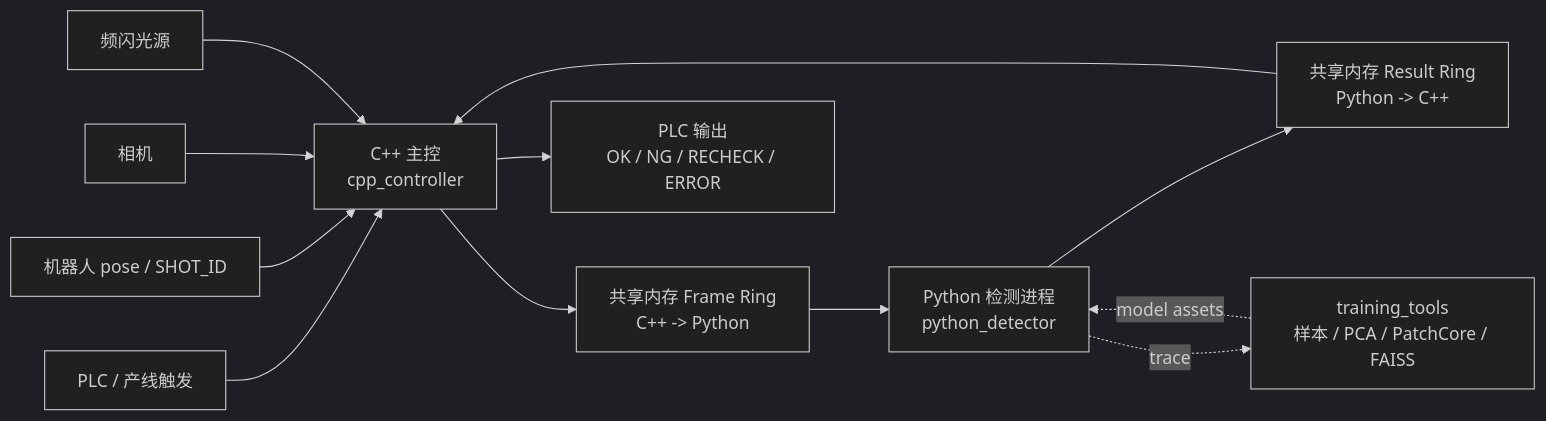
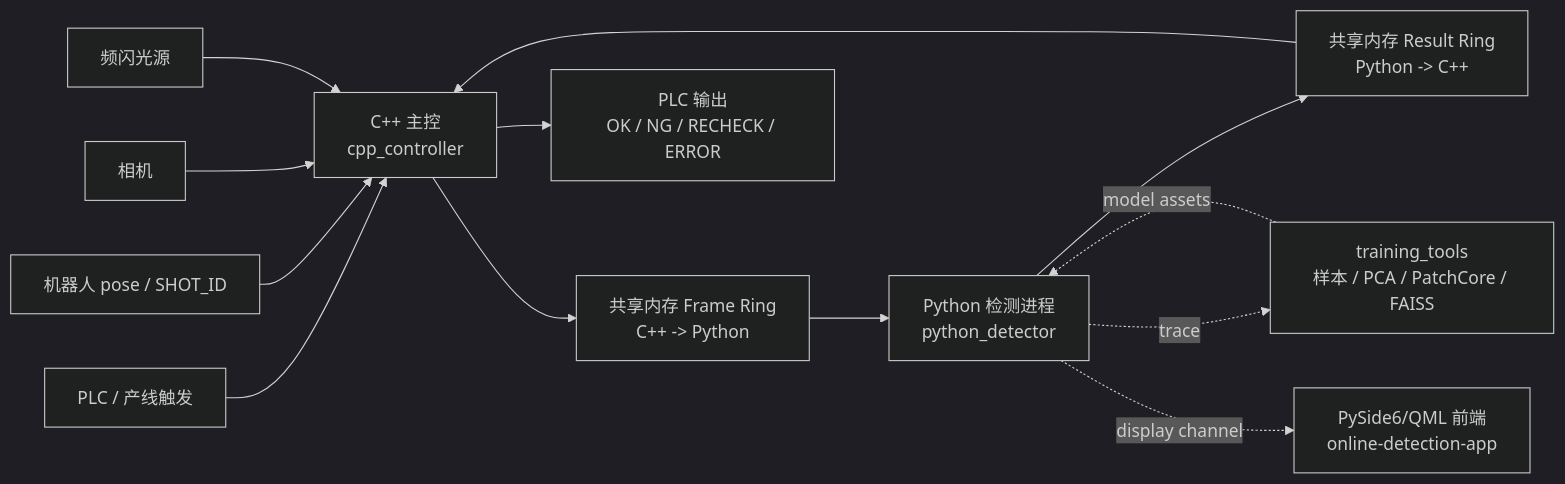
Before and after one commit to celien99/seat-surface-aoi: the diagram in README.md, drawn with Mermaid (dark theme). The commit also changed other lines of this file and 4 other files, not shown here.

First line of the commit message:
feat(display): ✨ 增加 PySide6 前端展示通道

````diff
--- a/README.md
+++ b/README.md
@@ -54,16 +54,17 @@
 ```mermaid
 flowchart LR
   PLC["PLC / 产线触发"] --> CXX["C++ 主控<br/>cpp_controller"]
   Robot["机器人 pose / SHOT_ID"] --> CXX
   Camera["相机"] --> CXX
   Light["频闪光源"] --> CXX
 
   CXX --> FrameRing["共享内存 Frame Ring<br/>C++ -> Python"]
   FrameRing --> PY["Python 检测进程<br/>python_detector"]
   PY --> ResultRing["共享内存 Result Ring<br/>Python -> C++"]
   ResultRing --> CXX
   CXX --> Decision["PLC 输出<br/>OK / NG / RECHECK / ERROR"]
 
   PY -. trace .-> Training["training_tools<br/>样本 / PCA / PatchCore / FAISS"]
   Training -. model assets .-> PY
+  PY -. display channel .-> UI["PySide6/QML 前端<br/>online-detection-app"]
 ```
````
